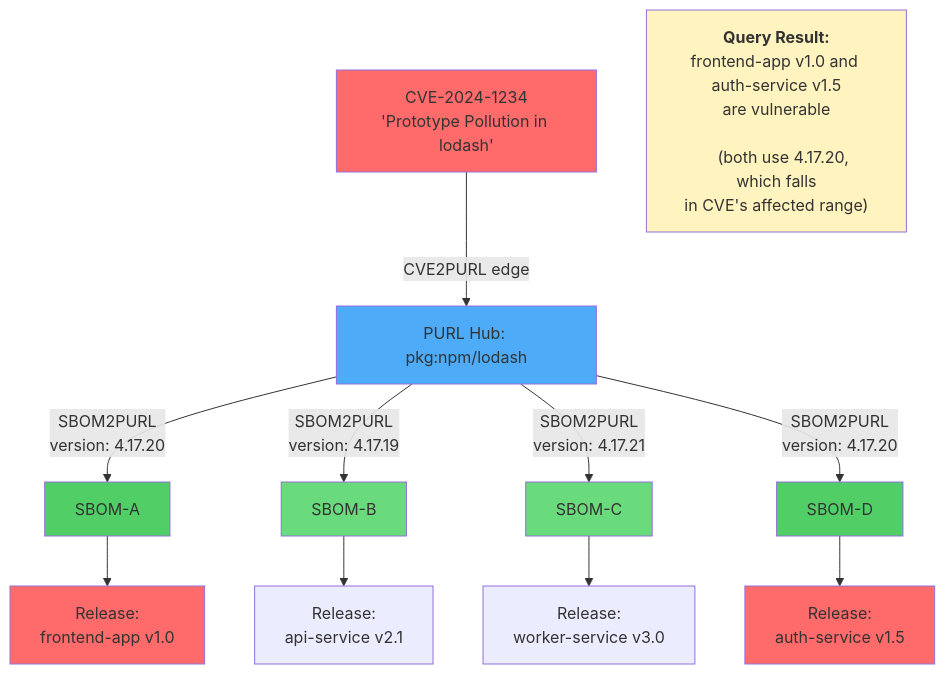
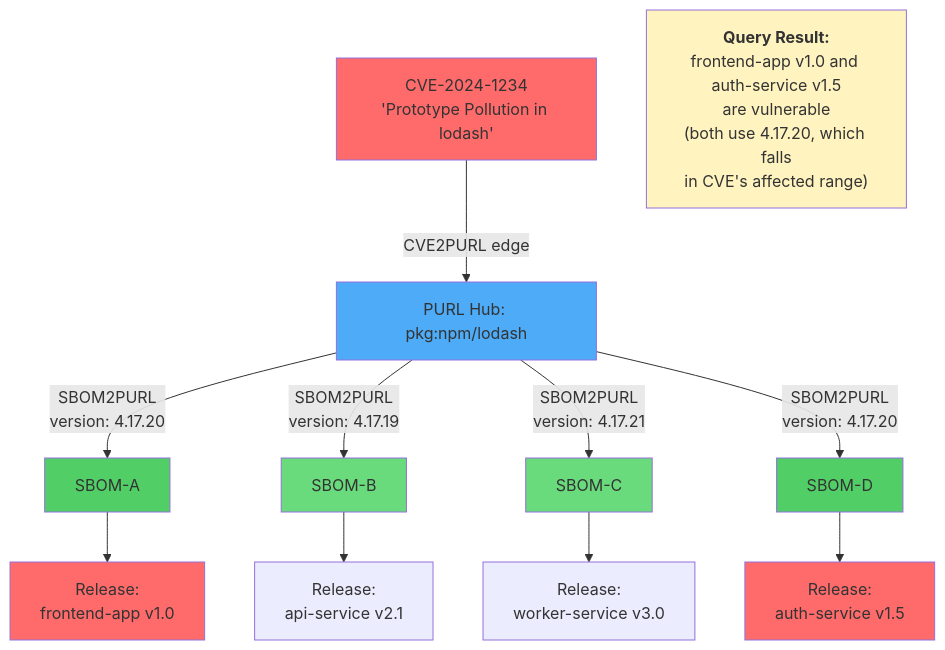
Before and after one commit to ortelius/cve2release-tracker: diagram 13 of 23 in design.md, drawn with Mermaid. The commit also changed other lines of this file, not shown here.

````diff
--- a/design.md
+++ b/design.md
@@ -688,29 +673,28 @@
 ```mermaid
 flowchart TB
     CVE["CVE-2024-1234<br/>'Prototype Pollution in lodash'"]
     
     CVE -->|CVE2PURL edge| Hub["PURL Hub: pkg:npm/lodash"]
     
     Hub -->|SBOM2PURL<br/>version: 4.17.20| SBOM1
     Hub -->|SBOM2PURL<br/>version: 4.17.19| SBOM2
     Hub -->|SBOM2PURL<br/>version: 4.17.21| SBOM3
     Hub -->|SBOM2PURL<br/>version: 4.17.20| SBOM4
     
     SBOM1["SBOM-A"] --> REL1["Release:<br/>frontend-app v1.0"]
     SBOM2["SBOM-B"] --> REL2["Release:<br/>api-service v2.1"]
     SBOM3["SBOM-C"] --> REL3["Release:<br/>worker-service v3.0"]
     SBOM4["SBOM-D"] --> REL4["Release:<br/>auth-service v1.5"]
     
-    Result["<b>Query Result:</b><br/>frontend-app v1.0 and auth-service v1.5<br/>are vulnerable<br/>
-    (both use 4.17.20, which falls<br/>in CVE's affected range)"]
+    Result["<b>Query Result:</b><br/>frontend-app v1.0 and auth-service v1.5<br/>are vulnerable<br/>(both use 4.17.20, which falls<br/>in CVE's affected range)"]
     
     style CVE fill:#ff6b6b
     style Hub fill:#4dabf7
     style SBOM1 fill:#51cf66
     style SBOM2 fill:#69db7c
     style SBOM3 fill:#69db7c
     style SBOM4 fill:#51cf66
     style REL1 fill:#ff6b6b
     style REL4 fill:#ff6b6b
     style Result fill:#fff3bf
 ```
````
